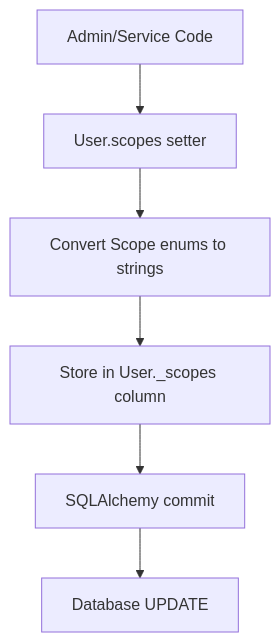
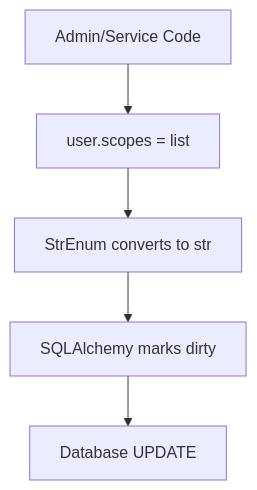
The third of 4 diagrams in design/002-user-scopes-strenum.md (mplemay/belgie), drawn with Mermaid before and after one commit. The commit also changed other lines of this file, not shown here.

````diff
--- a/design/002-user-scopes-strenum.md
+++ b/design/002-user-scopes-strenum.md
@@ -181,8 +204,7 @@
 ```mermaid
 graph TD
-    A[Admin/Service Code] --> B[User.scopes setter]
-    B --> C[Convert Scope enums to strings]
-    C --> D[Store in User._scopes column]
-    D --> E[SQLAlchemy commit]
-    E --> F[Database UPDATE]
+    A[Admin/Service Code] --> B[user.scopes = list]
+    B --> C[StrEnum converts to str]
+    C --> D[SQLAlchemy marks dirty]
+    D --> E[Database UPDATE]
 ```
````
